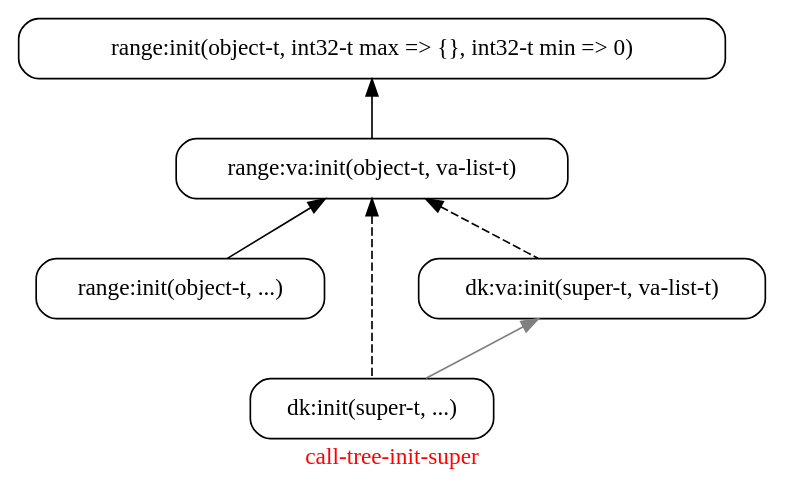
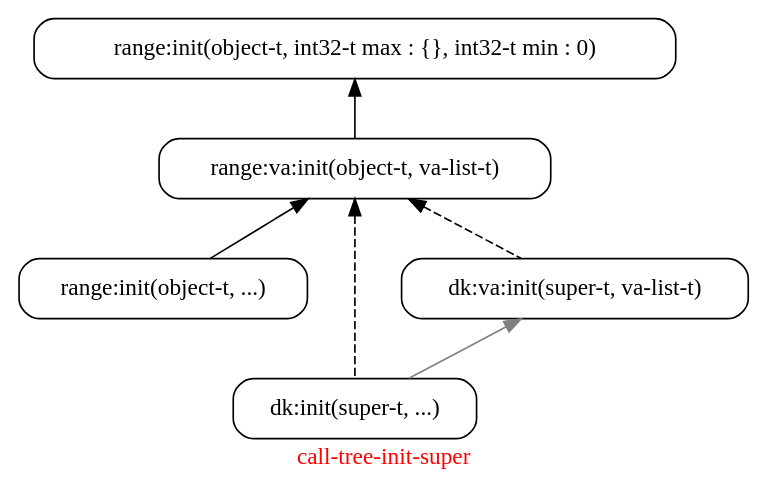
Before and after one commit to Ayyzee/dakota: the diagram in doc/call-tree-init-super.dot, drawn with Graphviz. The commit also changed 3 other files, not shown here.

```diff
--- a/doc/call-tree-init-super.dot
+++ b/doc/call-tree-init-super.dot
@@ -1,41 +1,41 @@
 // Copyright (C) 2007, 2008, 2009 Robert Nielsen <robert@dakota.org>
 //
 // Licensed under the Apache License, Version 2.0 (the "License");
 // you may not use this file except in compliance with the License.
 // You may obtain a copy of the License at
 //
 //      http://www.apache.org/licenses/LICENSE-2.0
 //
 // Unless required by applicable law or agreed to in writing, software
 // distributed under the License is distributed on an "AS IS" BASIS,
 // WITHOUT WARRANTIES OR CONDITIONS OF ANY KIND, either express or implied.
 // See the License for the specific language governing permissions and
 // limitations under the License.
 
 digraph "call-tree-init-super"
 {
   graph [ label = "\G", fontcolor = red ];
   graph [ rankdir = TB, center = true ];
   node [ shape = box, style = rounded ];
   edge [ dir = back ];
 
   "range:va:init(object-t, va-list-t)"
     -> "range:init(object-t, ...)";
 
-  "range:init(object-t, int32-t max => {}, int32-t min => 0)"
+  "range:init(object-t, int32-t max : {}, int32-t min : 0)"
     -> "range:va:init(object-t, va-list-t)";
 
   "range:va:init(object-t, va-list-t)"
     -> "dk:va:init(super-t, va-list-t)" [ style = dashed ];
 
   "range:va:init(object-t, va-list-t)"
     -> "dk:init(super-t, ...)" [ style = dashed ];
 
   "dk:va:init(super-t, va-list-t)"
     -> "dk:init(super-t, ...)" [ color = grey ];
 
   node [style = invis];
   edge [style = invis];
   "dk:va:init(super-t, va-list-t)"
     -> "make(object-t, ...)";
 }
```
